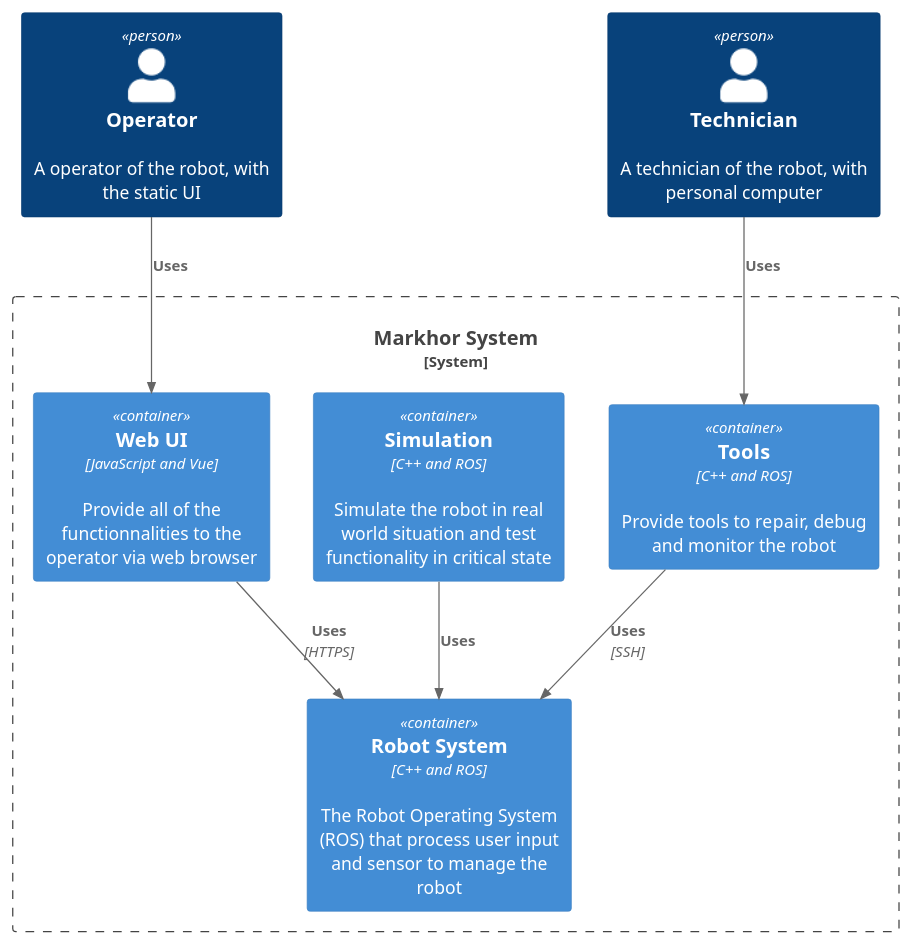
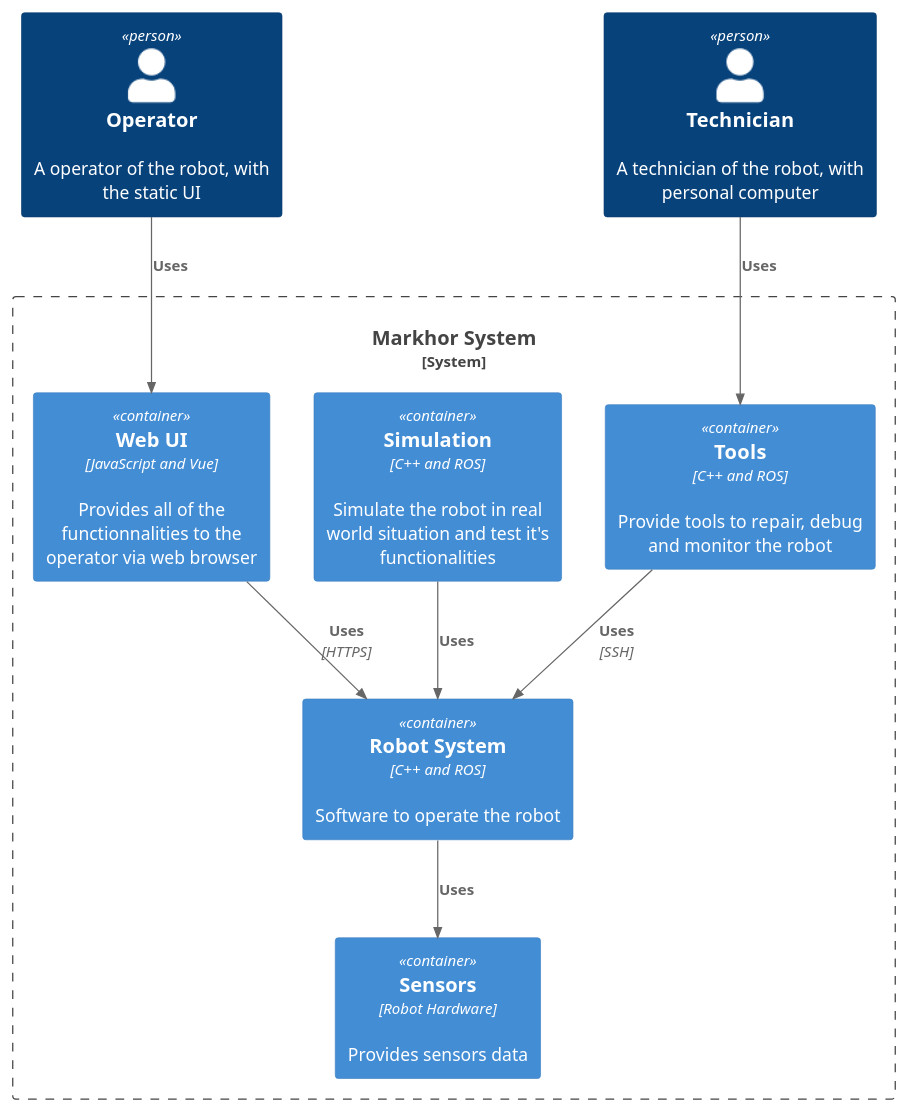
One commit to clubcapra/capra_conception changed the diagram in markhor/src/MarkhorSystem.puml. Above: the diagram before and after it, drawn with PlantUML. The commit also changed 4 other files, not shown here.

First line of the commit message:
Updated the diagrams and added png file of them

```diff
--- a/markhor/src/MarkhorSystem.puml
+++ b/markhor/src/MarkhorSystem.puml
@@ -1,20 +1,22 @@
 @startuml
 !includeurl https://raw.githubusercontent.com/RicardoNiepel/C4-PlantUML/master/C4_Container.puml
 
 Person(operatorPerson, "Operator", "A operator of the robot, with the static UI")
 Person(technicianPerson, "Technician", "A technician of the robot, with personal computer")
 System_Boundary(markhorSystem, "Markhor System") {
     Container(toolsContainer, "Tools", "C++ and ROS", "Provide tools to repair, debug and monitor the robot")
-    Container(robotContainer, "Robot System", "C++ and ROS", "The Robot Operating System (ROS) that process user input and sensor to manage the robot")
-    Container(simulationContainer, "Simulation", "C++ and ROS", "Simulate the robot in real world situation and test functionality in critical state")
-    Container(webUiContainer, "Web UI", "JavaScript and Vue", "Provide all of the functionnalities to the operator via web browser")
+    Container(robotContainer, "Robot System", "C++ and ROS", "Software to operate the robot")
+    Container(simulationContainer, "Simulation", "C++ and ROS", "Simulate the robot in real world situation and test it's functionalities")
+    Container(webUiContainer, "Web UI", "JavaScript and Vue", "Provides all of the functionnalities to the operator via web browser")
+    Container(sensorContainer, "Sensors", "Robot Hardware", "Provides sensors data")
 }
 
 Rel(operatorPerson, webUiContainer, "Uses")
 Rel(technicianPerson, toolsContainer, "Uses")
 
 Rel(webUiContainer, robotContainer, "Uses", "HTTPS")
 Rel(toolsContainer, robotContainer, "Uses", "SSH")
 Rel(simulationContainer, robotContainer, "Uses")
 
+Rel_D(robotContainer,sensorContainer,"Uses")
 @enduml
```
